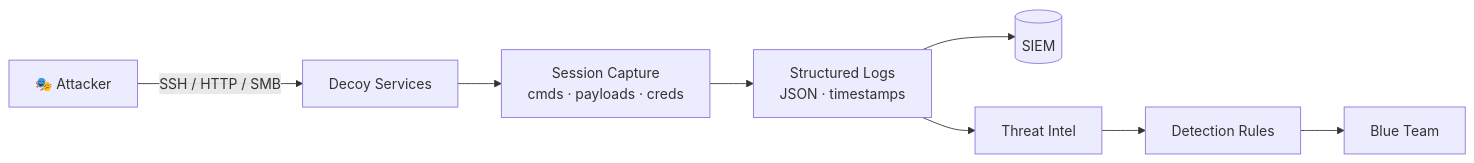
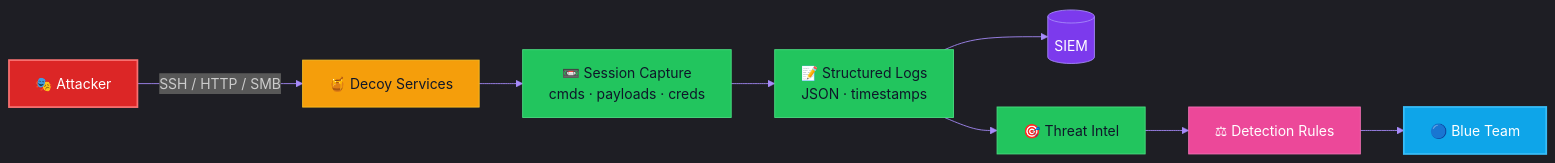
One commit to lloredia/lloredia changed the third of 5 diagrams in README.md. Above: the diagram before and after it, drawn with Mermaid. The commit also changed other lines of this file, not shown here.

First line of the commit message:
Add animated header, ASCII figlet, SOC dashboard, themed mermaid

````diff
--- a/README.md
+++ b/README.md
@@ -245,10 +305,17 @@
 ```mermaid
+%%{init: {'theme':'dark','themeVariables':{'primaryColor':'#1E293B','primaryTextColor':'#E2E8F0','primaryBorderColor':'#7C3AED','lineColor':'#A78BFA','fontFamily':'Fira Code'}}}%%
 flowchart LR
-    ATK[🎭 Attacker] -->|SSH / HTTP / SMB| LURE[Decoy Services]
-    LURE --> CAP[Session Capture<br/>cmds · payloads · creds]
-    CAP --> LOG[Structured Logs<br/>JSON · timestamps]
-    LOG --> SIEM[(SIEM)]
-    LOG --> TI[Threat Intel]
-    TI --> RULES[Detection Rules]
-    RULES --> SOC[Blue Team]
+    ATK[🎭 Attacker]:::red -->|SSH / HTTP / SMB| LURE[🍯 Decoy Services]:::lure
+    LURE --> CAP[📼 Session Capture<br/>cmds · payloads · creds]:::core
+    CAP --> LOG[📝 Structured Logs<br/>JSON · timestamps]:::core
+    LOG --> SIEM[(SIEM)]:::data
+    LOG --> TI[🎯 Threat Intel]:::core
+    TI --> RULES[⚖ Detection Rules]:::rules
+    RULES --> SOC[🔵 Blue Team]:::blue
+    classDef red fill:#DC2626,stroke:#F87171,color:#fff,stroke-width:2px
+    classDef lure fill:#F59E0B,stroke:#FBBF24,color:#0F172A
+    classDef core fill:#22C55E,stroke:#4ADE80,color:#0F172A
+    classDef data fill:#7C3AED,stroke:#A78BFA,color:#fff
+    classDef rules fill:#EC4899,stroke:#F472B6,color:#fff
+    classDef blue fill:#0EA5E9,stroke:#38BDF8,color:#fff,stroke-width:2px
 ```
````
